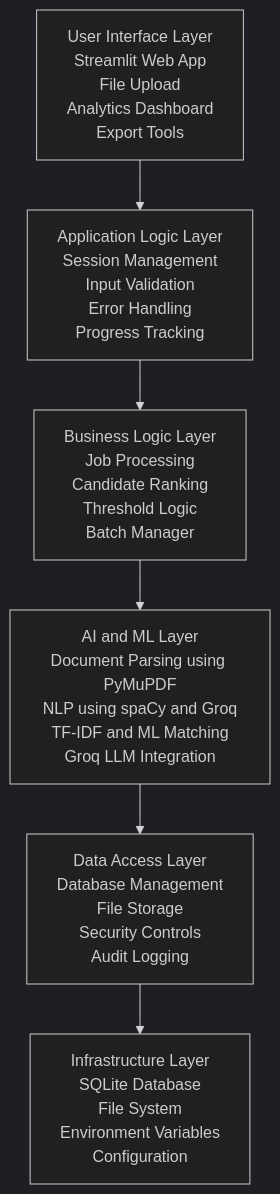
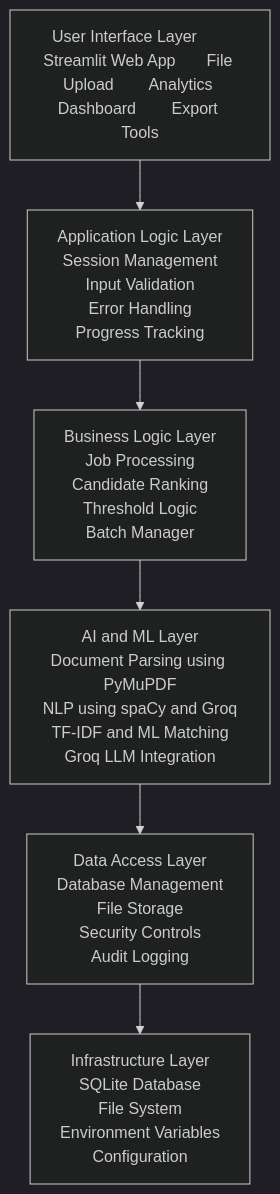
Before and after one commit to rishishinde13/Resume-Shortlisting-System: the diagram in README.md, drawn with Mermaid (dark theme).

````diff
--- a/README.md
+++ b/README.md
@@ -138,15 +138,15 @@
 ```mermaid
 graph TD
-  UI[User Interface Layer\n     Streamlit Web App\nFile Upload\nAnalytics Dashboard\nExport Tools]
+  UI[User Interface Layer       Streamlit Web App       File Upload        Analytics Dashboard        Export Tools]
   AL[Application Logic Layer\nSession Management\nInput Validation\nError Handling\nProgress Tracking]
   BL[Business Logic Layer\nJob Processing\nCandidate Ranking\nThreshold Logic\nBatch Manager]
   ML[AI and ML Layer\nDocument Parsing using PyMuPDF\nNLP using spaCy and Groq\nTF-IDF and ML Matching\nGroq LLM Integration]
   DL[Data Access Layer\nDatabase Management\nFile Storage\nSecurity Controls\nAudit Logging]
   INF[Infrastructure Layer\nSQLite Database\nFile System\nEnvironment Variables\nConfiguration]
 
   UI --> AL
   AL --> BL
   BL --> ML
   ML --> DL
   DL --> INF
 ```
````
